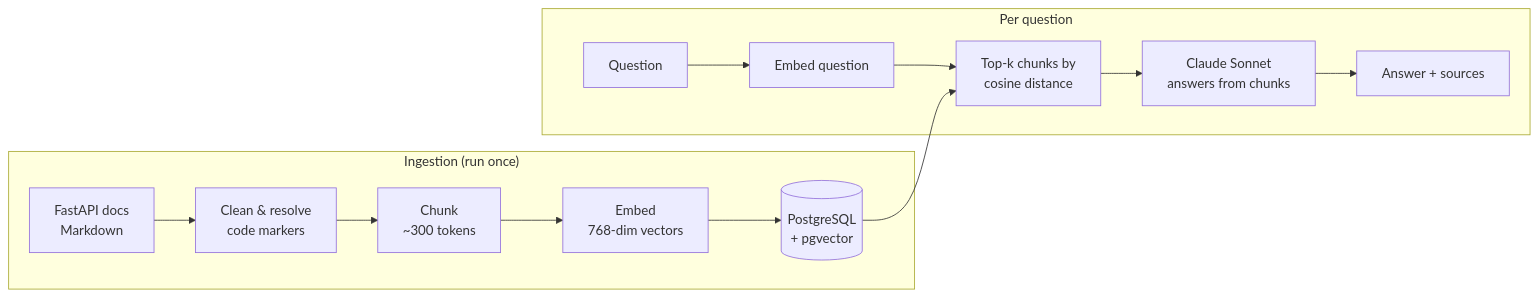
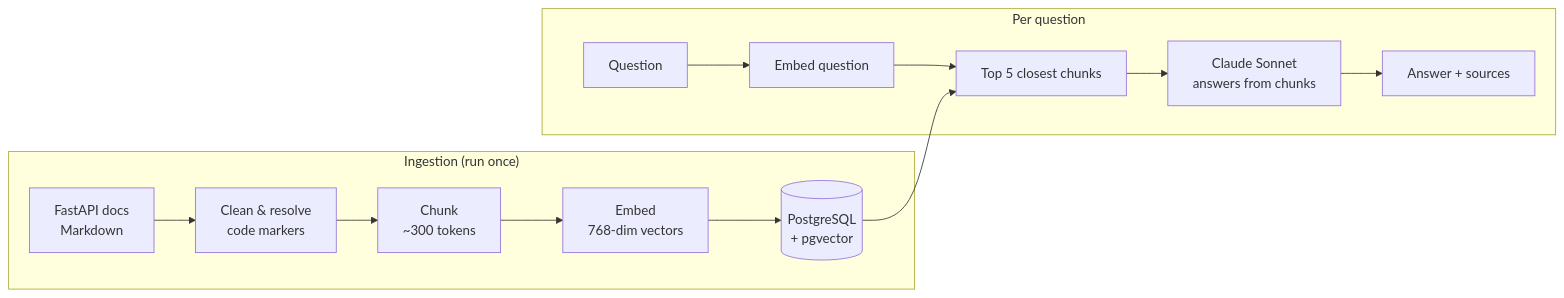
Before and after one commit to acsiuc/rag-model-fastapi: the diagram in README.md, drawn with Mermaid. The commit also changed other lines of this file and 2 other files, not shown here.

````diff
--- a/README.md
+++ b/README.md
@@ -31,16 +33,16 @@
 ```mermaid
 flowchart LR
     subgraph Ingestion["Ingestion (run once)"]
         A[FastAPI docs<br/>Markdown] --> B[Clean & resolve<br/>code markers]
         B --> C[Chunk<br/>~300 tokens]
         C --> D[Embed<br/>768-dim vectors]
         D --> E[(PostgreSQL<br/>+ pgvector)]
     end
     subgraph Query["Per question"]
         Q[Question] --> F[Embed question]
-        F --> G[Top-k chunks by<br/>cosine distance]
+        F --> G[Top 5 closest chunks]
         E --> G
         G --> H[Claude Sonnet<br/>answers from chunks]
         H --> R[Answer + sources]
     end
 ```
````
